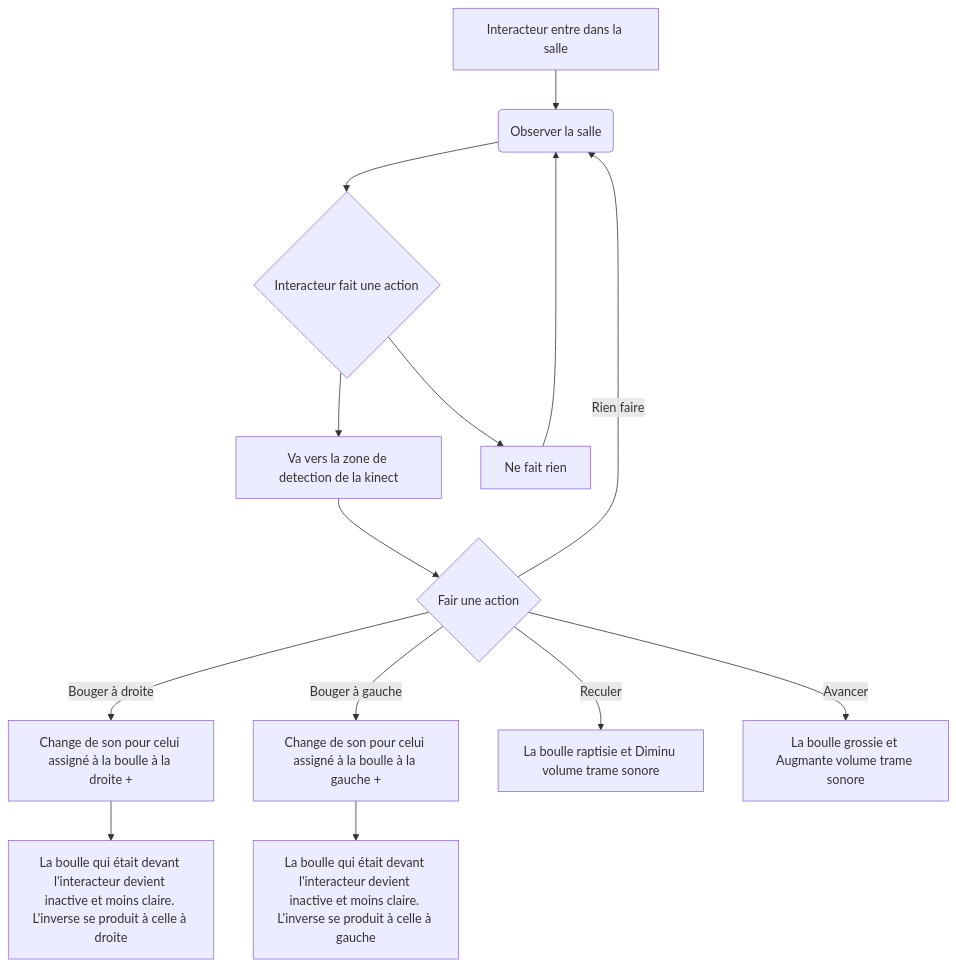
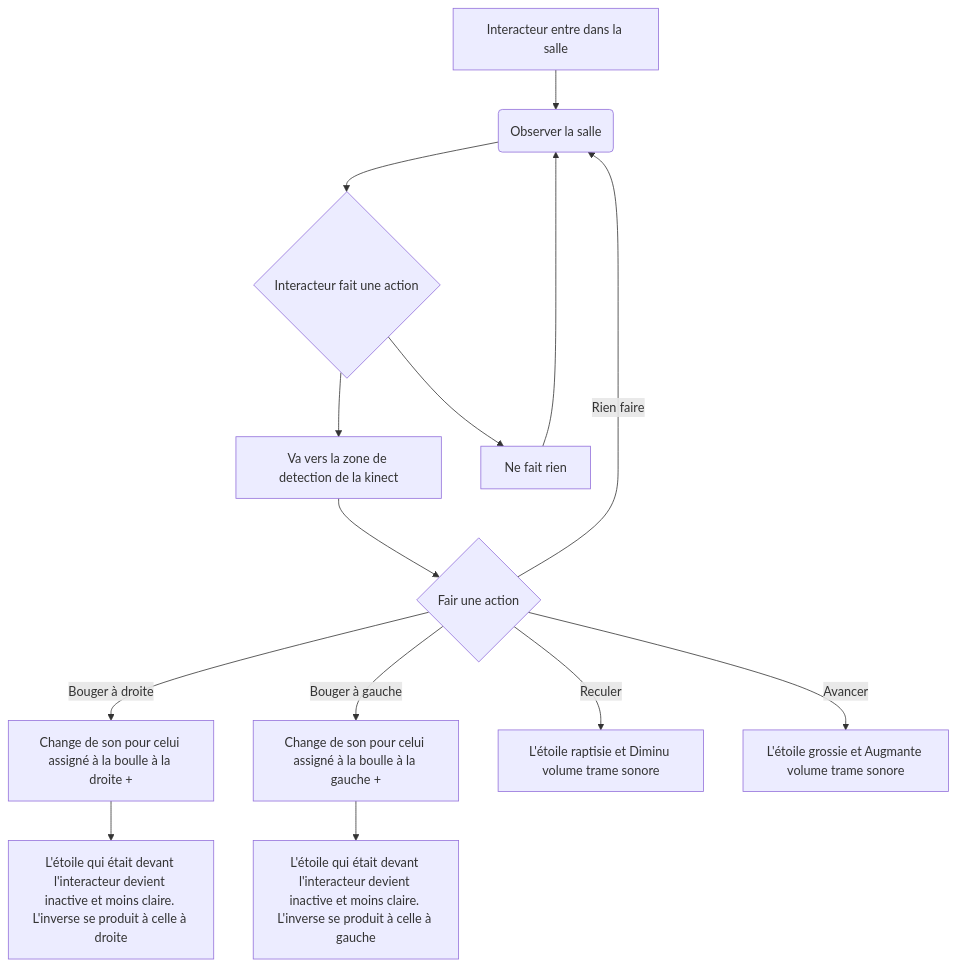
Before and after one commit to victorgileau/piano_etoile_scenarisation_projet: the diagram in README.md, drawn with Mermaid. The commit also changed other lines of this file, not shown here.

Commit message:
README.md-ajout-info-scena+obj+motivation

````diff
--- a/README.md
+++ b/README.md
@@ -23,16 +24,16 @@
 ```mermaid
 flowchart TD
     A[Interacteur entre dans la salle] --> B(Observer la salle)
     B --> C{Interacteur fait une action}
     C --> D[Va vers la zone de detection de la kinect]
     C --> E[Ne fait rien]
     E --> B
     D --> F{Fair une action}
     F -->|Bouger à droite| G[Change de son pour celui assigné à la boulle à la droite + ]
     F -->|Bouger à gauche| H[Change de son pour celui assigné à la boulle à la gauche + ]
-    F -->|Reculer| I[La boulle raptisie et Diminu volume trame sonore]
-    F -->|Avancer| J[La boulle grossie et Augmante volume trame sonore]
+    F -->|Reculer| I[L'étoile raptisie et Diminu volume trame sonore]
+    F -->|Avancer| J[L'étoile grossie et Augmante volume trame sonore]
     F -->|Rien faire| B
-    G --> K[La boulle qui était devant l'interacteur devient inactive et moins claire. L'inverse se produit à celle à droite]
-    H --> L[La boulle qui était devant l'interacteur devient inactive et moins claire. L'inverse se produit à celle à gauche]
+    G --> K[L'étoile qui était devant l'interacteur devient inactive et moins claire. L'inverse se produit à celle à droite]
+    H --> L[L'étoile qui était devant l'interacteur devient inactive et moins claire. L'inverse se produit à celle à gauche]
 ```
````
